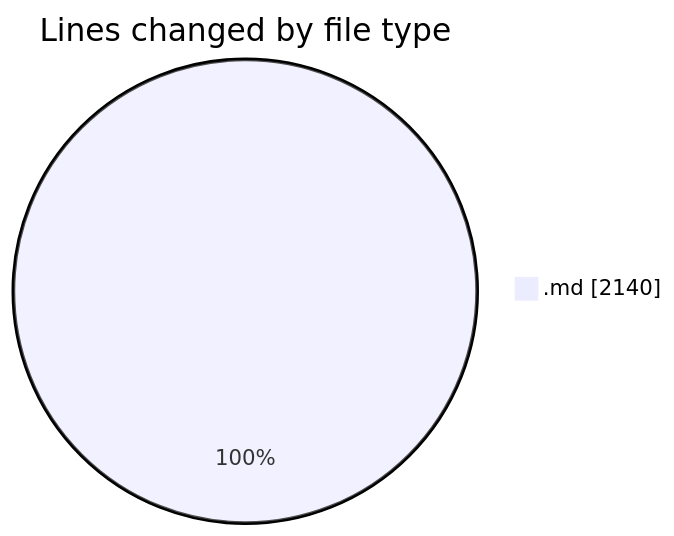
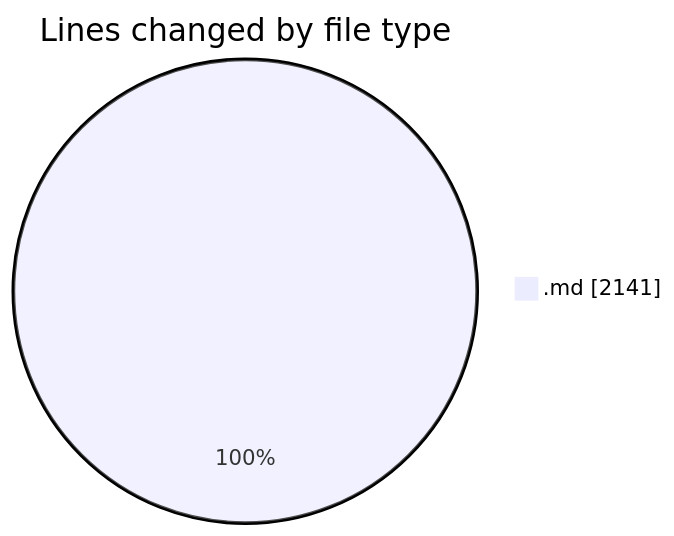
The first of 2 diagrams in 2025-07-09/urlwebwala_intership_work/README.md (Ritupan-Deka/code-tracking), drawn with Mermaid before and after one commit. The commit also changed other lines of this file and 1 other file, not shown here.

````diff
--- a/2025-07-09/urlwebwala_intership_work/README.md
+++ b/2025-07-09/urlwebwala_intership_work/README.md
@@ -20,5 +20,5 @@
 ```mermaid
 pie showData
 title Lines changed by file type
-".md" : 2140
+".md" : 2141
 ```
````
